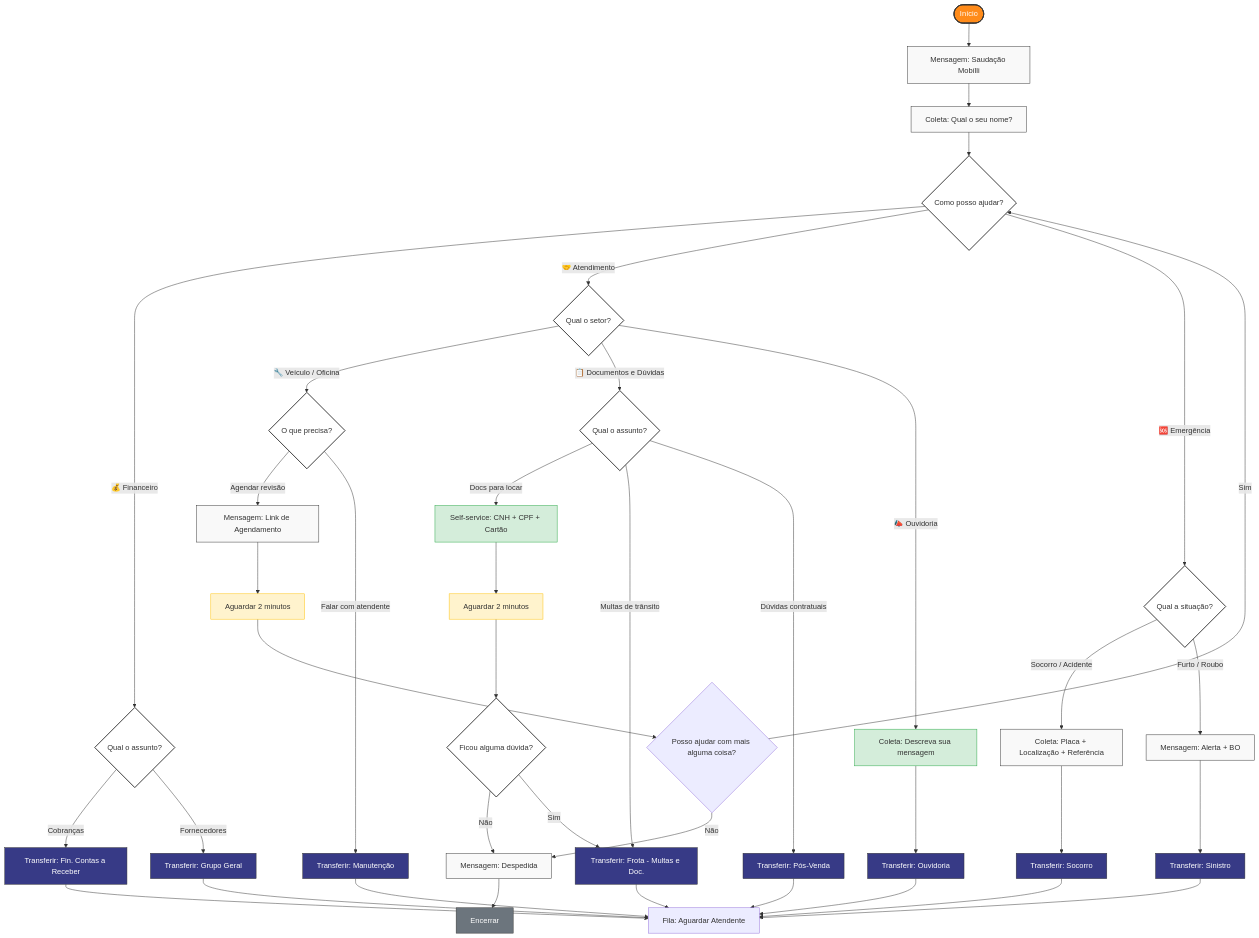
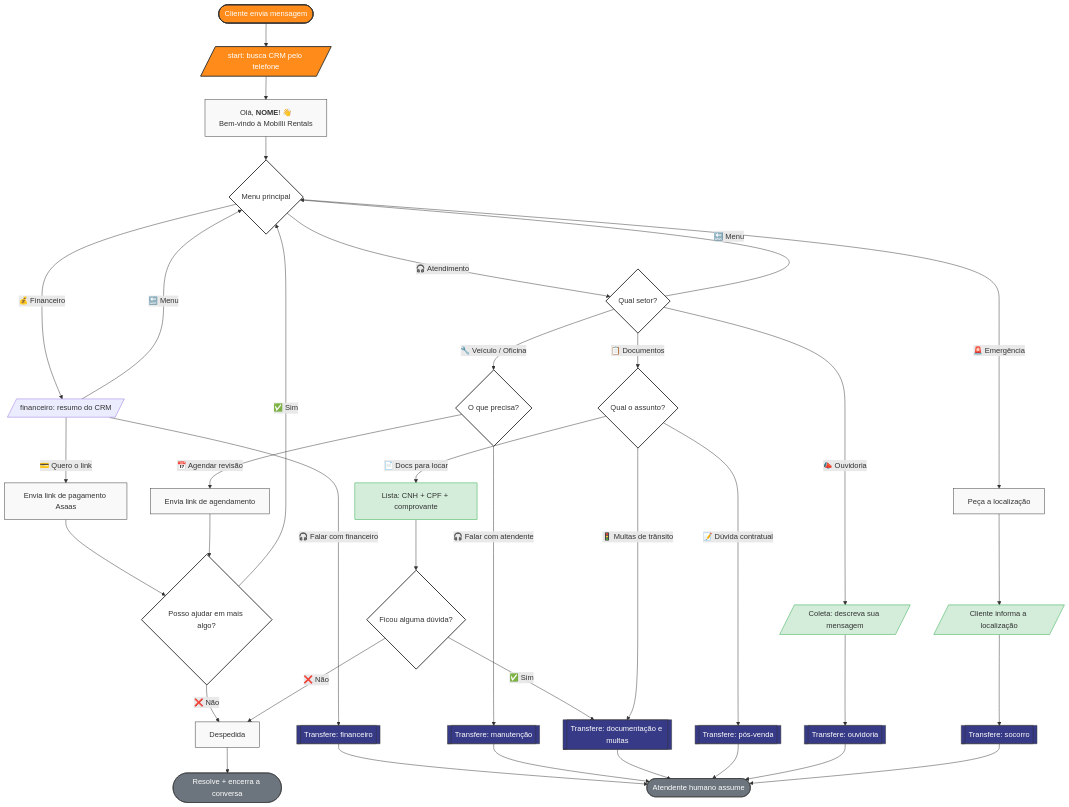
The diagram in docs/bot-flows/service-flow.md (mobillirentals/chatwoot), drawn with Mermaid before and after one commit. The commit also changed other lines of this file, not shown here.

First line of the commit message:
docs(bot): redesign service-flow for BotFlow::Engine

````diff
--- a/docs/bot-flows/service-flow.md
+++ b/docs/bot-flows/service-flow.md
@@ -21,71 +18,66 @@
 ```mermaid
 graph TD
-    Inicio([Início]) --> Saudacao[Mensagem: Saudação Mobílli]
-    Saudacao --> Nome[Coleta: Qual o seu nome?]
-    Nome --> Menu{Como posso ajudar?}
+    Inicio([Cliente envia mensagem]) --> Start[/start: busca CRM pelo telefone/]
+    Start --> Saudacao["Olá, <b>NOME</b>! 👋<br/>Bem-vindo à Mobílli Rentals"]
+    Saudacao --> Menu{Menu principal}
 
-    %% ── Nível 1: 3 botões ────────────────────────────────────
-    Menu -- 💰 Financeiro --> Fin_Assunto{Qual o assunto?}
-    Menu -- 🤝 Atendimento --> Atend_Setor{Qual o setor?}
-    Menu -- 🆘 Emergência --> Emerg_Tipo{Qual a situação?}
+    %% ── NÍVEL 1 ─────────────────────────────────────────────
+    Menu -- 💰 Financeiro --> Fin[/financeiro: resumo do CRM/]
+    Menu -- 🎧 Atendimento --> Atend{Qual setor?}
+    Menu -- 🚨 Emergência --> Emerg[Peça a localização]
 
-    %% ── Financeiro: 2 botões ─────────────────────────────────
-    Fin_Assunto -- Cobranças --> Transf_Fin[Transferir: Fin. Contas a Receber]
-    Fin_Assunto -- Fornecedores --> Transf_Forn[Transferir: Grupo Geral]
+    %% ── FINANCEIRO (autoatendimento CRM) ────────────────────
+    Fin -- 💳 Quero o link --> LinkPag[Envia link de pagamento Asaas]
+    LinkPag --> MaisAlgo{Posso ajudar em mais algo?}
+    Fin -- 🎧 Falar com financeiro --> T_Fin[[Transfere: financeiro]]
+    Fin -- 🔙 Menu --> Menu
+    MaisAlgo -- ✅ Sim --> Menu
+    MaisAlgo -- ❌ Não --> Despedida[Despedida]
+    Despedida --> Fim([Resolve + encerra a conversa])
 
-    %% ── Atendimento: 3 botões ────────────────────────────────
-    Atend_Setor -- 🔧 Veículo / Oficina --> Veiculo_Assunto{O que precisa?}
-    Atend_Setor -- 📋 Documentos e Dúvidas --> Doc_Assunto{Qual o assunto?}
-    Atend_Setor -- 📣 Ouvidoria --> Ouv_Texto[Coleta: Descreva sua mensagem]
+    %% ── ATENDIMENTO (sub-setores) ───────────────────────────
+    Atend -- 🔧 Veículo / Oficina --> Veic{O que precisa?}
+    Atend -- 📋 Documentos --> Doc{Qual o assunto?}
+    Atend -- 📣 Ouvidoria --> Ouv[/Coleta: descreva sua mensagem/]
+    Atend -- 🔙 Menu --> Menu
 
-    %% Veículo: 2 botões
-    Veiculo_Assunto -- Agendar revisão --> Link_Revisao[Mensagem: Link de Agendamento]
-    Link_Revisao --> Wait2min[Aguardar 2 minutos]
-    Wait2min --> Pos_Link{Posso ajudar com mais alguma coisa?}
-    Pos_Link -- Sim --> Menu
-    Pos_Link -- Não --> Despedida[Mensagem: Despedida] --> Encerrar[Encerrar]
-    Veiculo_Assunto -- Falar com atendente --> Transf_Manut[Transferir: Manutenção]
+    Veic -- 📅 Agendar revisão --> LinkAgenda[Envia link de agendamento]
+    LinkAgenda --> MaisAlgo
+    Veic -- 🎧 Falar com atendente --> T_Manut[[Transfere: manutenção]]
 
-    %% Documentos: 3 botões
-    Doc_Assunto -- Docs para locar --> Doc_Self[Self-service: CNH + CPF + Cartão]
-    Doc_Self --> Wait_Doc[Aguardar 2 minutos]
-    Wait_Doc --> Doc_Mais{Ficou alguma dúvida?}
-    Doc_Mais -- Não --> Despedida
-    Doc_Mais -- Sim --> Transf_Frota[Transferir: Frota - Multas e Doc.]
-    Doc_Assunto -- Multas de trânsito --> Transf_Frota
-    Doc_Assunto -- Dúvidas contratuais --> Transf_PosVenda[Transferir: Pós-Venda]
+    Doc -- 📄 Docs para locar --> DocList[Lista: CNH + CPF + comprovante]
+    DocList --> DocDuvida{Ficou alguma dúvida?}
+    DocDuvida -- ✅ Sim --> T_Frota[[Transfere: documentação e multas]]
+    DocDuvida -- ❌ Não --> Despedida
+    Doc -- 🚦 Multas de trânsito --> T_Frota
+    Doc -- 📝 Dúvida contratual --> T_PosVenda[[Transfere: pós-venda]]
 
-    %% Ouvidoria: texto livre
-    Ouv_Texto --> Transf_Ouv[Transferir: Ouvidoria]
+    Ouv --> T_Ouv[[Transfere: ouvidoria]]
 
-    %% ── Emergência: 2 botões ─────────────────────────────────
-    Emerg_Tipo -- Socorro / Acidente --> Coleta[Coleta: Placa + Localização + Referência] --> Transf_Socorro[Transferir: Socorro]
-    Emerg_Tipo -- Furto / Roubo --> Msg_Roubo[Mensagem: Alerta + BO] --> Transf_Sinistro[Transferir: Sinistro]
+    %% ── EMERGÊNCIA (coleta localização) ─────────────────────
+    Emerg --> EmergLoc[/Cliente informa a localização/]
+    EmergLoc --> T_Socorro[[Transfere: socorro]]
 
-    %% ── Fila de espera ───────────────────────────────────────
-    Transf_Fin --> Fila[Fila: Aguardar Atendente]
-    Transf_Forn --> Fila
-    Transf_Manut --> Fila
-    Transf_Frota --> Fila
-    Transf_PosVenda --> Fila
-    Transf_Socorro --> Fila
-    Transf_Sinistro --> Fila
-    Transf_Ouv --> Fila
+    %% ── HANDOFF ─────────────────────────────────────────────
+    T_Fin --> Atendente([Atendente humano assume])
+    T_Manut --> Atendente
+    T_Frota --> Atendente
+    T_PosVenda --> Atendente
+    T_Ouv --> Atendente
+    T_Socorro --> Atendente
 
     %% Estilização
     classDef inicio fill:#ff8b1a,stroke:#333,stroke-width:2px,color:#fff;
     classDef decisao fill:#fff,stroke:#333,stroke-width:2px;
     classDef mensagem fill:#f9f9f9,stroke:#333,stroke-width:1px;
     classDef selfservice fill:#d4edda,stroke:#28a745,stroke-width:1px;
     classDef transferencia fill:#373a86,stroke:#333,stroke-width:1px,color:#fff;
     classDef encerrar fill:#6c757d,stroke:#333,stroke-width:1px,color:#fff;
 
-    class Inicio inicio;
-    class Menu,Fin_Assunto,Atend_Setor,Veiculo_Assunto,Doc_Assunto,Emerg_Tipo,Doc_Mais decisao;
-    classDef espera fill:#fff3cd,stroke:#ffc107,stroke-width:1px;
-    class Saudacao,Nome,Link_Revisao,Msg_Roubo,Coleta,Despedida mensagem;
-    class Wait2min,Wait_Doc espera;
-    class Doc_Self,Ouv_Texto selfservice;
-    class Transf_Fin,Transf_Forn,Transf_Manut,Transf_Frota,Transf_PosVenda,Transf_Socorro,Transf_Sinistro,Transf_Ouv transferencia;
-    class Encerrar encerrar;
+    class Inicio,Start inicio;
+    class Menu,Atend,Veic,Doc,MaisAlgo,DocDuvida decisao;
+    class Saudacao,LinkPag,LinkAgenda,Despedida,Emerg mensagem;
+    class DocList,Ouv,EmergLoc selfservice;
+    class T_Fin,T_Manut,T_Frota,T_PosVenda,T_Ouv,T_Socorro transferencia;
+    class Fim,Atendente encerrar;
 ```
````
